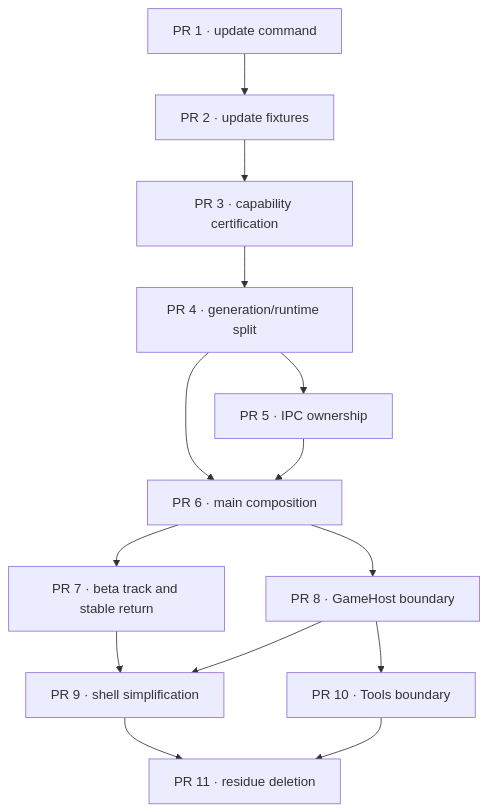
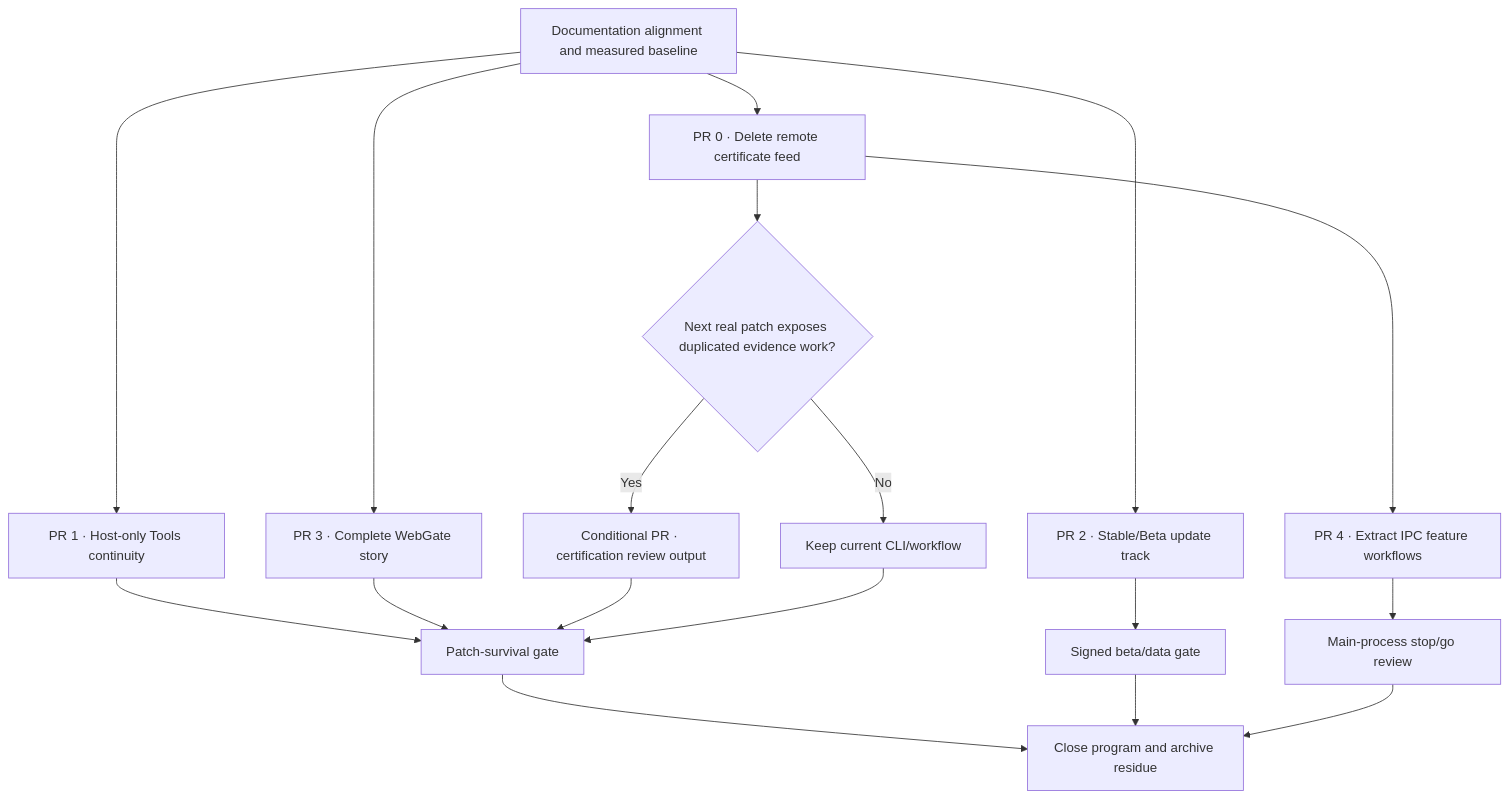
Before and after one commit to Mat4m0/gwonmac: the diagram in plans/full-refactor-optimization.md, drawn with Mermaid. The commit also changed other lines of this file and 3 other files, not shown here.

````diff
--- a/plans/full-refactor-optimization.md
+++ b/plans/full-refactor-optimization.md
@@ -416,16 +395,21 @@
-```mermaid
+~~~mermaid
 flowchart TD
-    P1["PR 1 · update command"] --> P2["PR 2 · update fixtures"]
-    P2 --> P3["PR 3 · capability certification"]
-    P3 --> P4["PR 4 · generation/runtime split"]
-    P4 --> P5["PR 5 · IPC ownership"]
-    P4 --> P6["PR 6 · main composition"]
-    P5 --> P6
-    P6 --> P7["PR 7 · beta track and stable return"]
-    P6 --> P8["PR 8 · GameHost boundary"]
-    P7 --> P9["PR 9 · shell simplification"]
-    P8 --> P9
-    P8 --> P10["PR 10 · Tools boundary"]
-    P9 --> P11["PR 11 · residue deletion"]
-    P10 --> P11
-```
+    D["Documentation alignment and measured baseline"]
+    D --> P0["PR 0 · Delete remote certificate feed"]
+    D --> P1["PR 1 · Host-only Tools continuity"]
+    D --> P2["PR 2 · Stable/Beta update track"]
+    D --> P3["PR 3 · Complete WebGate story"]
+    P0 --> C{"Next real patch exposes duplicated evidence work?"}
+    C -->|"Yes"| C1["Conditional PR · certification review output"]
+    C -->|"No"| S["Keep current CLI/workflow"]
+    P0 --> P4["PR 4 · Extract IPC feature workflows"]
+    P1 --> G1["Patch-survival gate"]
+    P3 --> G1
+    C1 --> G1
+    S --> G1
+    P2 --> G2["Signed beta/data gate"]
+    P4 --> G3["Main-process stop/go review"]
+    G1 --> F["Close program and archive residue"]
+    G2 --> F
+    G3 --> F
+~~~
````
